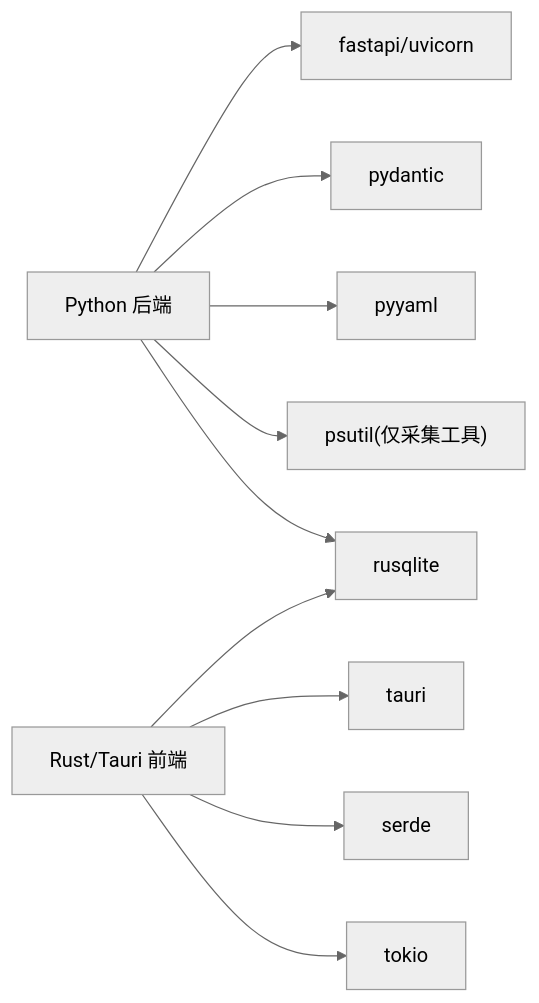
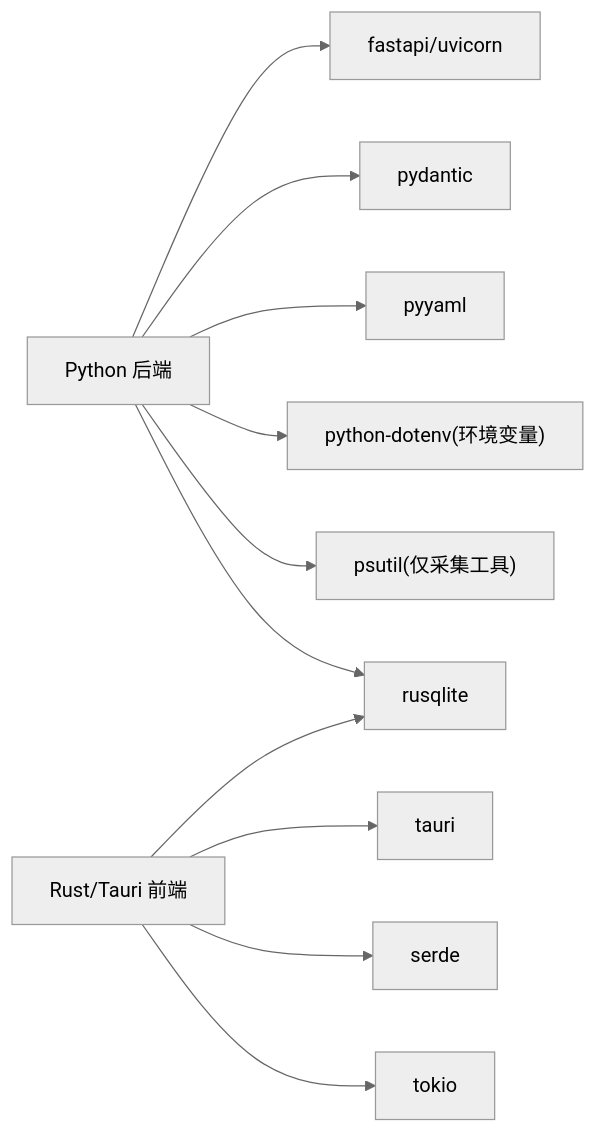
Before and after one commit to targalian/Personal-distributed-workstation: the third of 3 diagrams in .qoder/repowiki/zh/content/配置管理系统.md, drawn with Mermaid (neutral theme). The commit also changed other lines of this file and 145 other files, not shown here.

````diff
--- a/.qoder/repowiki/zh/content/配置管理系统.md
+++ b/.qoder/repowiki/zh/content/配置管理系统.md
@@ -412,12 +477,13 @@
 ```mermaid
 graph LR
 PY["Python 后端"] --> F["fastapi/uvicorn"]
 PY --> P["pydantic"]
 PY --> Y["pyyaml"]
+PY --> D["python-dotenv(环境变量)"]
 PY --> PS["psutil(仅采集工具)"]
 PY --> RQ["requests(Bot通道)"]
 RS["Rust/Tauri 前端"] --> T["tauri"]
 RS --> S["serde"]
 RS --> TK["tokio"]
 RS --> RQ["rusqlite"]
 ```
````
